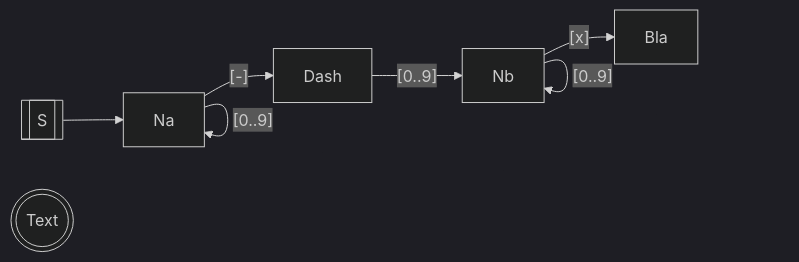
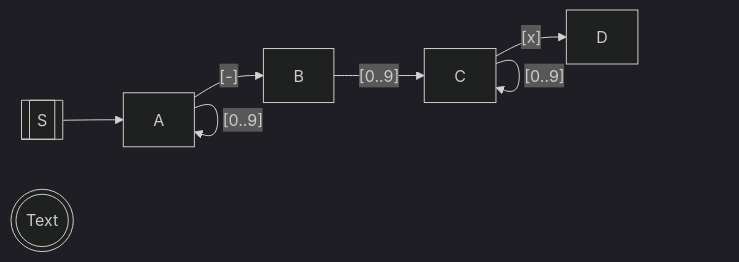
Before and after one commit to jepoen/screencasts: the diagram in rust/adventofcode-2020/day02/README.md, drawn with Mermaid (dark theme). The commit also changed other lines of this file, not shown here.

Commit message:
test mermaid

```diff
--- a/rust/adventofcode-2020/day02/README.md
+++ b/rust/adventofcode-2020/day02/README.md
@@ -45,12 +45,12 @@
 ~~~mermaid
 flowchart LR;
 S[[S]];
 Text(((Text)));
 
-S --> Na;
-Na-->|"[0..9]"| Na;
-Na-->|"[-]"| Dash;
-Dash-->|"[0..9]"| Nb;
-Nb-->|"[0..9]"| Nb;
-Nb-->|"[x]"| Bla;
+S --> A;
+A -->|"[0..9]"| A;
+A -->|"[-]"| B;
+B -->|"[0..9]"| C;
+C -->|"[0..9]"| C;
+C -->|"[x]"| D;
 ~~~
```
